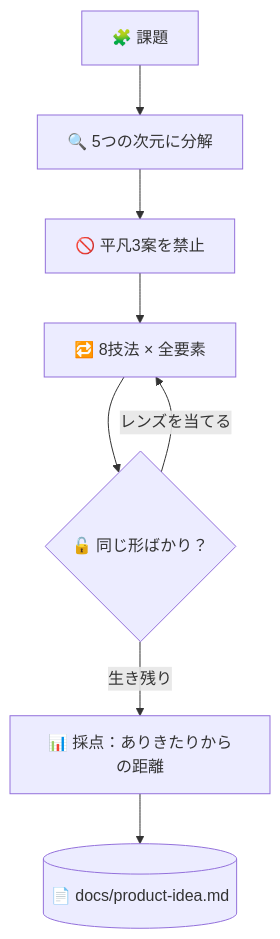
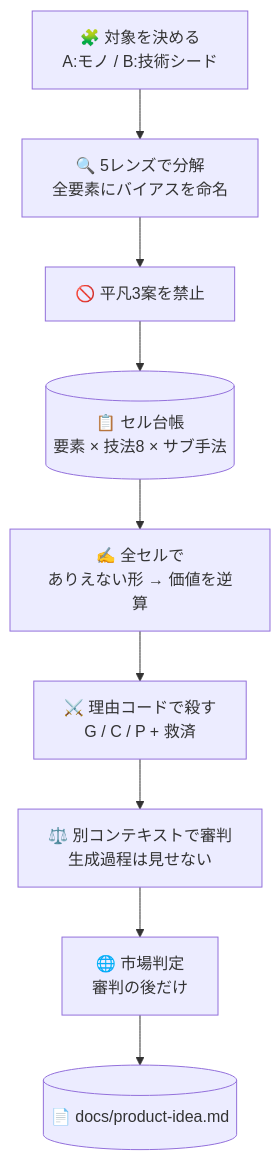
One commit to takaoumehara/superforge-skill changed the diagram in skills/superforge-brain/README.ja.md. Above: the diagram before and after it, drawn with Mermaid. The commit also changed other lines of this file and 71 other files, not shown here.

````diff
--- a/skills/superforge-brain/README.ja.md
+++ b/skills/superforge-brain/README.ja.md
@@ -23,10 +27,11 @@
 ```mermaid
 flowchart TD
-    P[🧩 課題] --> A[🔍 5つの次元に分解]
-    A --> B[🚫 平凡3案を禁止]
-    B --> C[🔁 8技法 × 全要素]
-    C --> E{🔓 同じ形ばかり？}
-    E -->|レンズを当てる| C
-    E -->|生き残り| F[📊 採点：ありきたりからの距離]
-    F --> G[(📄 docs/product-idea.md)]
+    A[🧩 対象を決める<br/>A:モノ / B:技術シード] --> B[🔍 5レンズで分解<br/>全要素にバイアスを命名]
+    B --> C[🚫 平凡3案を禁止]
+    C --> D[(📋 セル台帳<br/>要素 × 技法8 × サブ手法)]
+    D --> E[✍️ 全セルで<br/>ありえない形 → 価値を逆算]
+    E --> F[⚔️ 理由コードで殺す<br/>G / C / P + 救済]
+    F --> G[⚖️ 別コンテキストで審判<br/>生成過程は見せない]
+    G --> H[🌐 市場判定<br/>審判の後だけ]
+    H --> I[(📄 docs/product-idea.md)]
 ```
````
